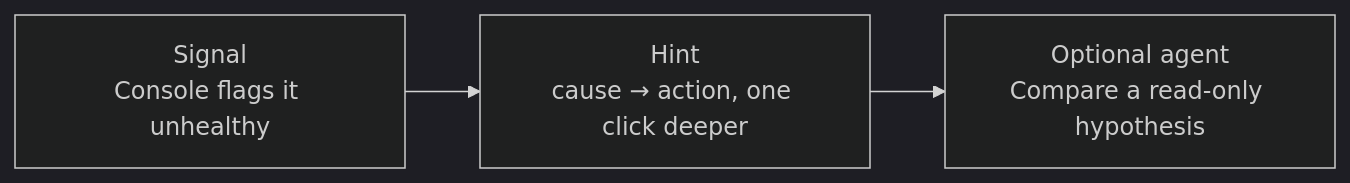
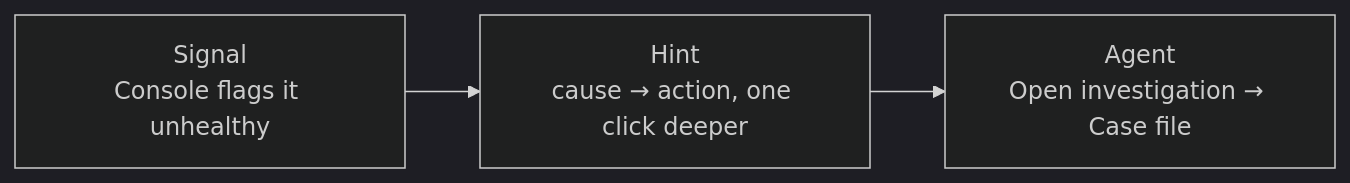
Before and after one commit to intar-dev/intar-dev: the diagram in workshops/platform-engineering/slides/slide-071.md, drawn with Mermaid (dark theme). The commit also changed other lines of this file and 418 other files, not shown here.

````diff
--- a/workshops/platform-engineering/slides/slide-071.md
+++ b/workshops/platform-engineering/slides/slide-071.md
@@ -3,8 +3,8 @@
 ```mermaid
 flowchart LR
   signal["Signal
 Console flags it unhealthy"] --> hint["Hint
 cause → action, one click deeper"]
-  hint --> agent["Optional agent
-Compare a read-only hypothesis"]
+  hint --> agent["Agent
+Open investigation → Case file"]
 ```
````
